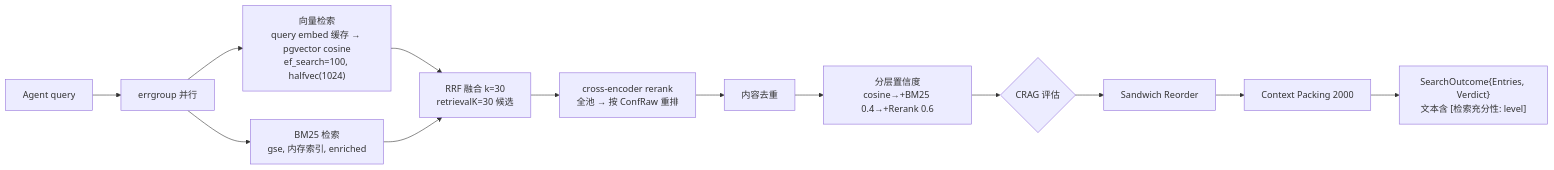
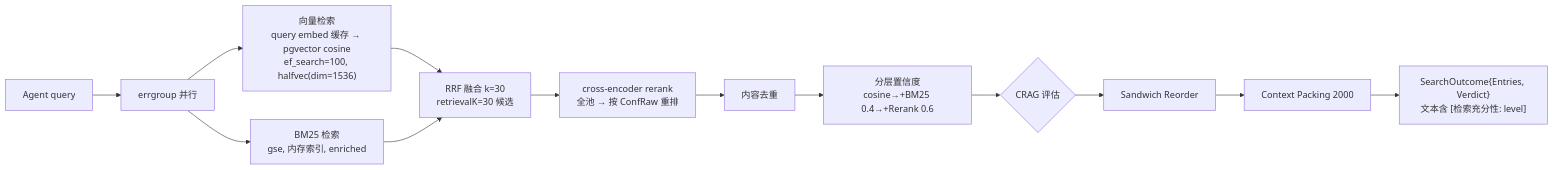
The fourth of 11 diagrams in docs/TECH.md (int2t05/Cognik), drawn with Mermaid before and after one commit. The commit also changed other lines of this file and 14 other files, not shown here.

````diff
--- a/docs/TECH.md
+++ b/docs/TECH.md
@@ -139,15 +143,15 @@
 ```mermaid
 flowchart LR
     Q["Agent query"] --> PAR["errgroup 并行"]
-    PAR --> VEC["向量检索<br/>query embed 缓存 → pgvector cosine<br/>ef_search=100, halfvec(1024)"]
+    PAR --> VEC["向量检索<br/>query embed 缓存 → pgvector cosine<br/>ef_search=100, halfvec(dim=1536)"]
     PAR --> BM25["BM25 检索<br/>gse, 内存索引, enriched"]
     VEC --> RRF["RRF 融合 k=30<br/>retrievalK=30 候选"]
     BM25 --> RRF
     RRF --> RERANK["cross-encoder rerank<br/>全池 → 按 ConfRaw 重排"]
     RERANK --> DEDUP["内容去重"]
     DEDUP --> CONF["分层置信度<br/>cosine→+BM25 0.4→+Rerank 0.6"]
     CONF --> CRAG{"CRAG 评估"}
     CRAG --> SAND["Sandwich Reorder"]
     SAND --> PACK["Context Packing 2000"]
     PACK --> OUT["SearchOutcome{Entries, Verdict}<br/>文本含 [检索充分性: level]"]
 ```
````
